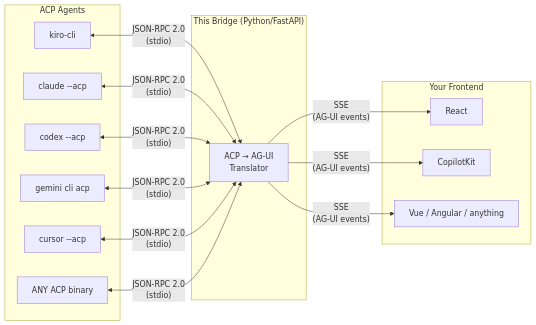
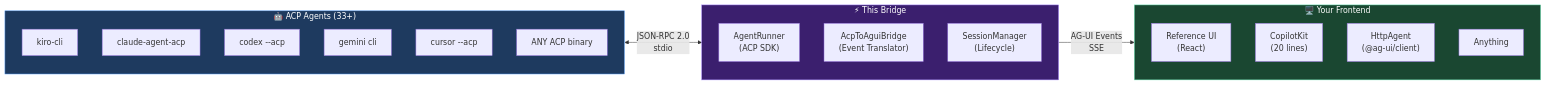
One commit to sparkprime/agui-on-acp changed the first of 4 diagrams in README.md. Above: the diagram before and after it, drawn with Mermaid. The commit also changed other lines of this file, not shown here.

First line of the commit message:
docs: overhaul README with colorful mermaid diagrams

````diff
--- a/README.md
+++ b/README.md
@@ -31,24 +31,34 @@
 ```mermaid
 graph LR
-    subgraph ACP Agents
-        A1[kiro-cli]
-        A2[claude --acp]
-        A3[codex --acp]
-        A4[gemini cli acp]
-        A5[cursor --acp]
-        A6[ANY ACP binary]
+    subgraph agents["🤖 ACP Agents (33+)"]
+        direction TB
+        A1["kiro-cli"]
+        A2["claude-agent-acp"]
+        A3["codex --acp"]
+        A4["gemini cli"]
+        A5["cursor --acp"]
+        A6["ANY ACP binary"]
     end
 
-    subgraph Bridge["This Bridge (Python/FastAPI)"]
-        B[ACP → AG-UI\nTranslator]
+    subgraph bridge["⚡ This Bridge"]
+        direction TB
+        B1["AgentRunner\n(ACP SDK)"]
+        B2["AcpToAguiBridge\n(Event Translator)"]
+        B3["SessionManager\n(Lifecycle)"]
     end
 
-    subgraph Frontend["Your Frontend"]
-        F1[React]
-        F2[CopilotKit]
-        F3[Vue / Angular / anything]
+    subgraph frontends["🖥️ Your Frontend"]
+        direction TB
+        F1["Reference UI\n(React)"]
+        F2["CopilotKit\n(20 lines)"]
+        F3["HttpAgent\n(@ag-ui/client)"]
+        F4["Anything"]
     end
 
-    A1 & A2 & A3 & A4 & A5 & A6 <-->|"JSON-RPC 2.0\n(stdio)"| B
-    B -->|"SSE\n(AG-UI events)"| F1 & F2 & F3
+    agents <-->|"JSON-RPC 2.0\nstdio"| bridge
+    bridge -->|"AG-UI Events\nSSE"| frontends
+
+    style agents fill:#1e3a5f,stroke:#60a5fa,color:#fff
+    style bridge fill:#3b1f6e,stroke:#a78bfa,color:#fff
+    style frontends fill:#1a4731,stroke:#6ee7b7,color:#fff
 ```
````
